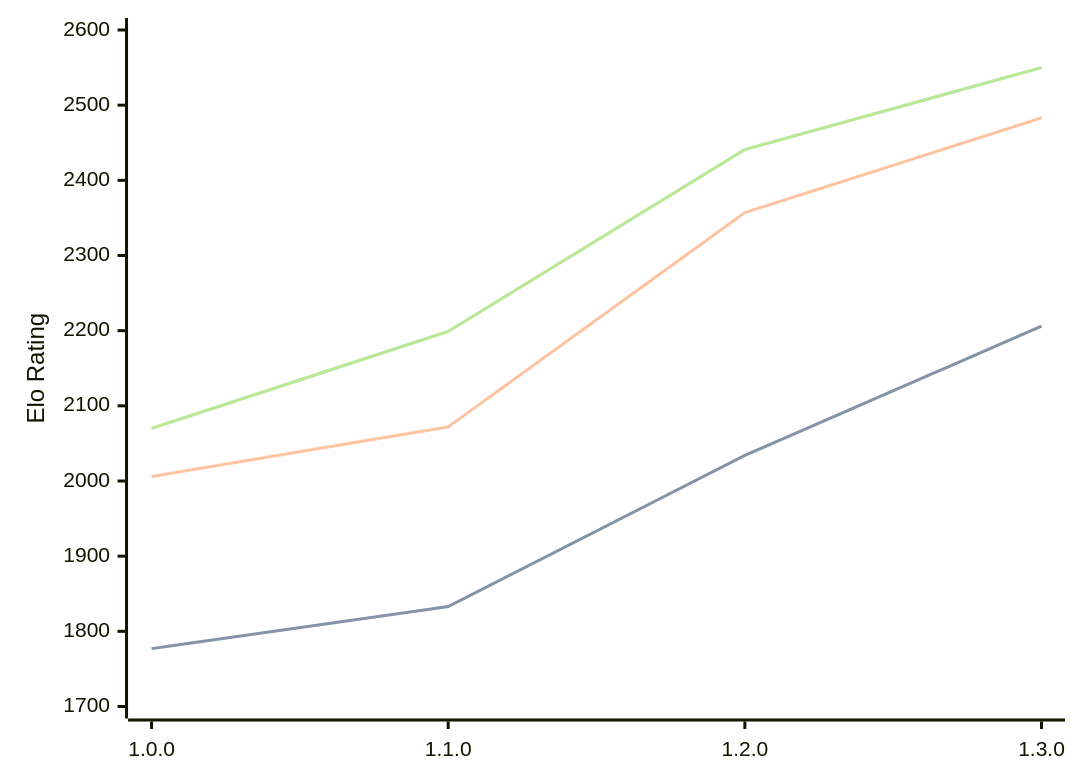
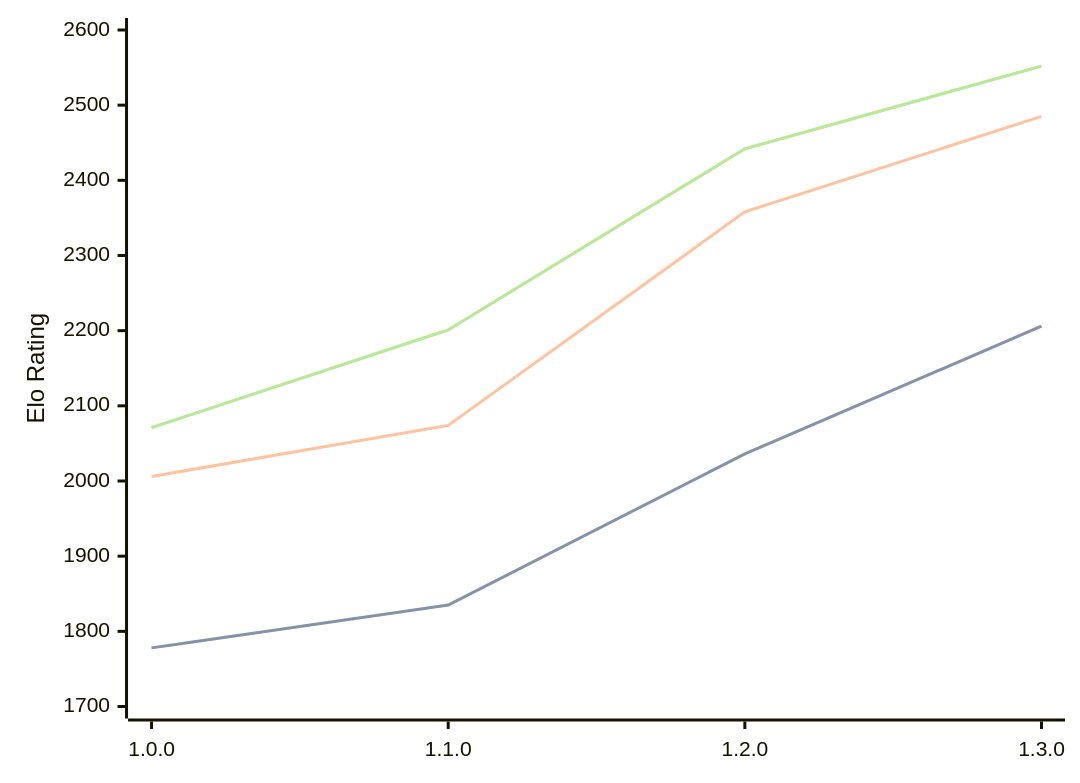
The diagram in engines/Anodos.md (computer-chess-index/cci), drawn with Mermaid before and after one commit. The commit also changed other lines of this file, not shown here.

Commit message:
Update CCI Ratings (ELO VLTC) - 2026-05-16

````diff
--- a/engines/Anodos.md
+++ b/engines/Anodos.md
@@ -45,11 +45,11 @@
 ```mermaid
 %%{init: {"theme":"base","themeVariables":{"seriesColors:['#a3a3a3','#222221','#faa371']}}}%%
 xychart-beta
   x-axis ["1.0.0", "1.1.0", "1.2.0", "1.3.0"]
   y-axis "Elo Rating" 1700 --> 2600
-  line "STC (8.0+0.08s)" [1777, 1833, 2034, 2206]
-  line "STC (8.0+0.08s)" [1777, 1833, 2034, 2206]
-  line "LTC (60.0+0.60s)" [2006, 2072, 2357, 2483]
-  line "VLTC (2m24s+1.12s)" [2070, 2199, 2441, 2550]
-  line "VLTC (2m24s+1.12s)" [2070, 2199, 2441, 2550]
+  line "STC (8.0+0.08s)" [1778, 1835, 2036, 2206]
+  line "STC (8.0+0.08s)" [1778, 1835, 2036, 2206]
+  line "LTC (60.0+0.60s)" [2006, 2074, 2358, 2485]
+  line "VLTC (2m24s+1.12s)" [2071, 2201, 2442, 2552]
+  line "VLTC (2m24s+1.12s)" [2071, 2201, 2442, 2552]
 ```
````
